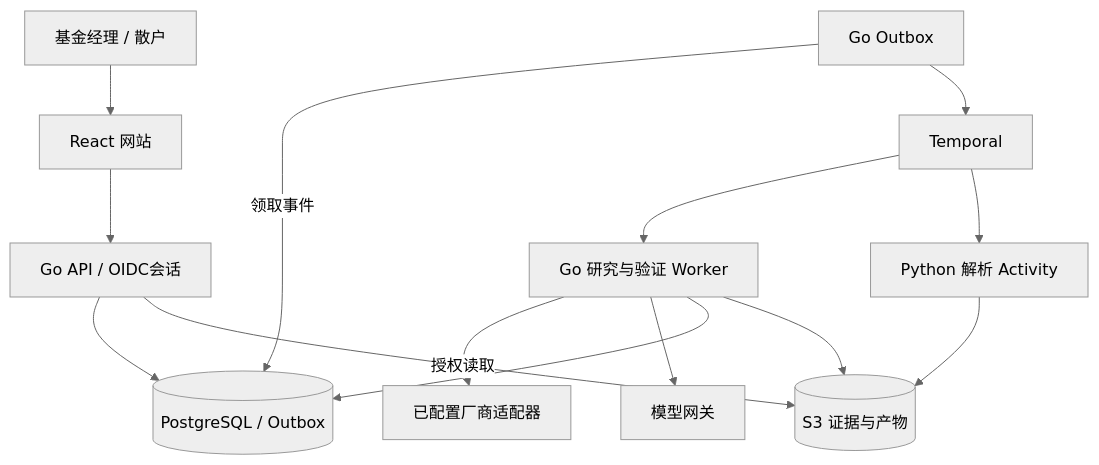
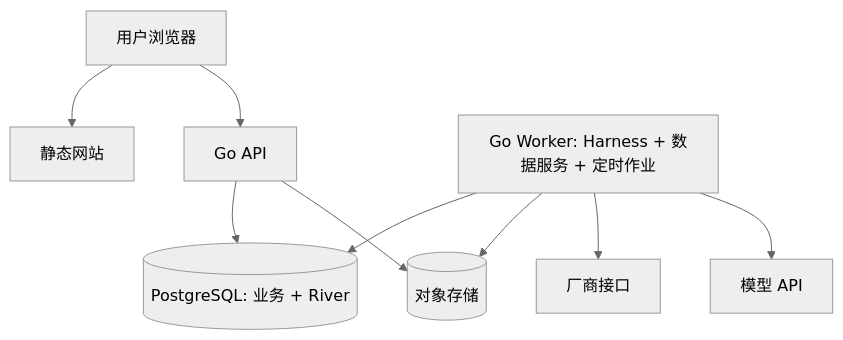
One commit to clawhunt-cloxier/vera-main changed the diagram in ARCHITECTURE.md. Above: the diagram before and after it, drawn with Mermaid (neutral theme). The commit also changed other lines of this file and 33 other files, not shown here.

First line of the commit message:
docs: define product modules, Harness, data service and River runtime (ADR-0003)

````diff
--- a/ARCHITECTURE.md
+++ b/ARCHITECTURE.md
@@ -11,16 +23,11 @@
 ```mermaid
 flowchart TB
-    U[基金经理 / 散户] --> WEB[React 网站]
-    WEB --> API[Go API / OIDC会话]
-    API --> DB[(PostgreSQL / Outbox)]
-    OUT[Go Outbox] -->|领取事件| DB
-    OUT --> T[Temporal]
-    T --> W[Go 研究与验证 Worker]
-    T --> PY[Python 解析 Activity]
-    W --> DATA[已配置厂商适配器]
-    W --> MODEL[模型网关]
-    W --> DB
-    W --> OBJ[(S3 证据与产物)]
-    PY --> OBJ
-    API -->|授权读取| OBJ
+    U[用户浏览器] --> WEB[静态网站]
+    U --> API[Go API]
+    API --> DB[(PostgreSQL: 业务 + River)]
+    W[Go Worker: Harness + 数据服务 + 定时作业] --> DB
+    W --> OBJ[(对象存储)]
+    W --> VEND[厂商接口]
+    W --> LLM[模型 API]
+    API --> OBJ
 ```
````
